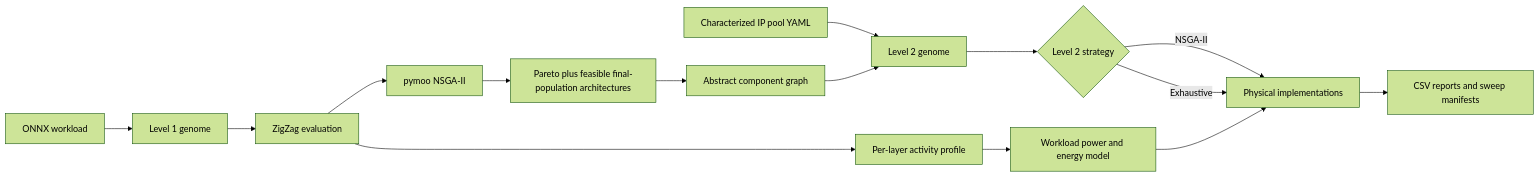
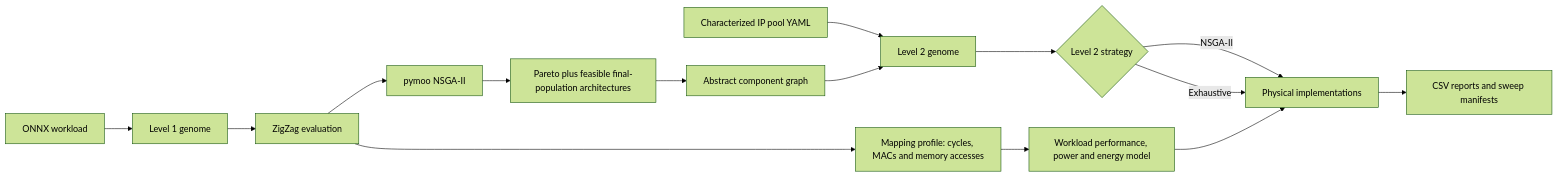
The diagram in READMe.md (ThaChoppahIsLookinSharp/talos), drawn with Mermaid (forest theme) before and after one commit. The commit also changed other lines of this file and 22 other files, not shown here.

Commit message:
feat(level2): add workload-aware performance

````diff
--- a/READMe.md
+++ b/READMe.md
@@ -25,17 +25,17 @@
 ```mermaid
 flowchart LR
     A[ONNX workload] --> B[Level 1 genome]
     B --> C[ZigZag evaluation]
     C --> D[pymoo NSGA-II]
     D --> E[Pareto plus feasible final-population architectures]
     E --> F[Abstract component graph]
     G[Characterized IP pool YAML] --> H[Level 2 genome]
     F --> H
-    C --> I[Per-layer activity profile]
-    I --> J[Workload power and energy model]
+    C --> I[Mapping profile: cycles, MACs and memory accesses]
+    I --> J[Workload performance, power and energy model]
     H --> K{Level 2 strategy}
     K -->|NSGA-II| L[Physical implementations]
     K -->|Exhaustive| L
     J --> L
     L --> M[CSV reports and sweep manifests]
 ```
````
